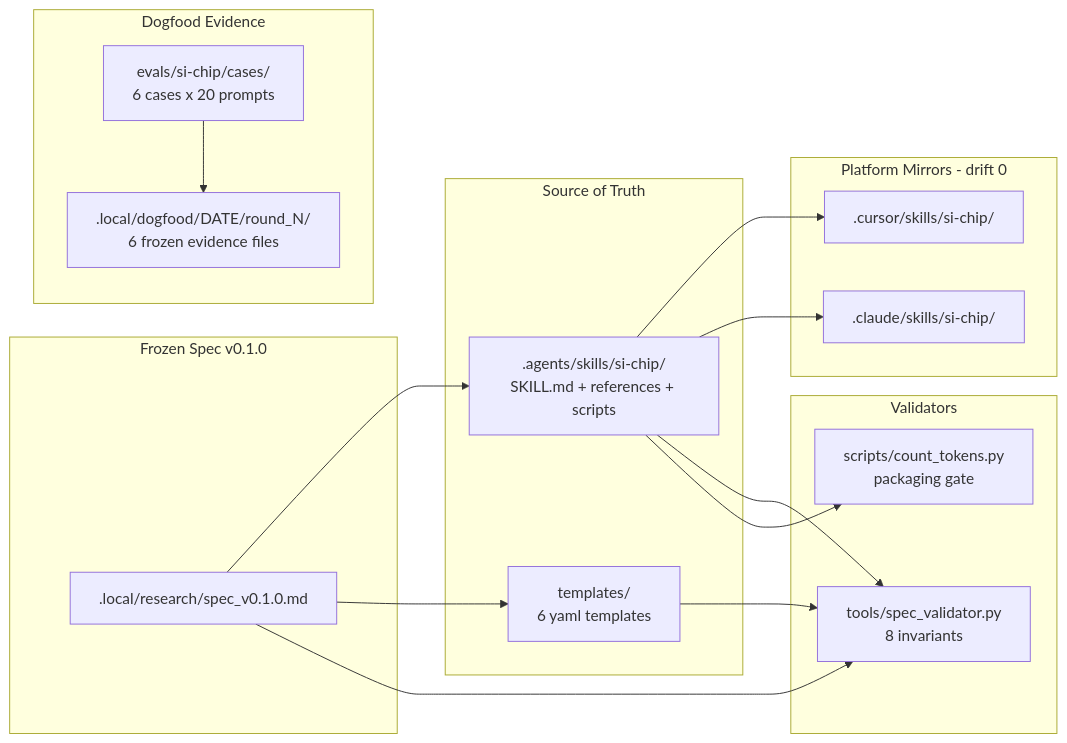
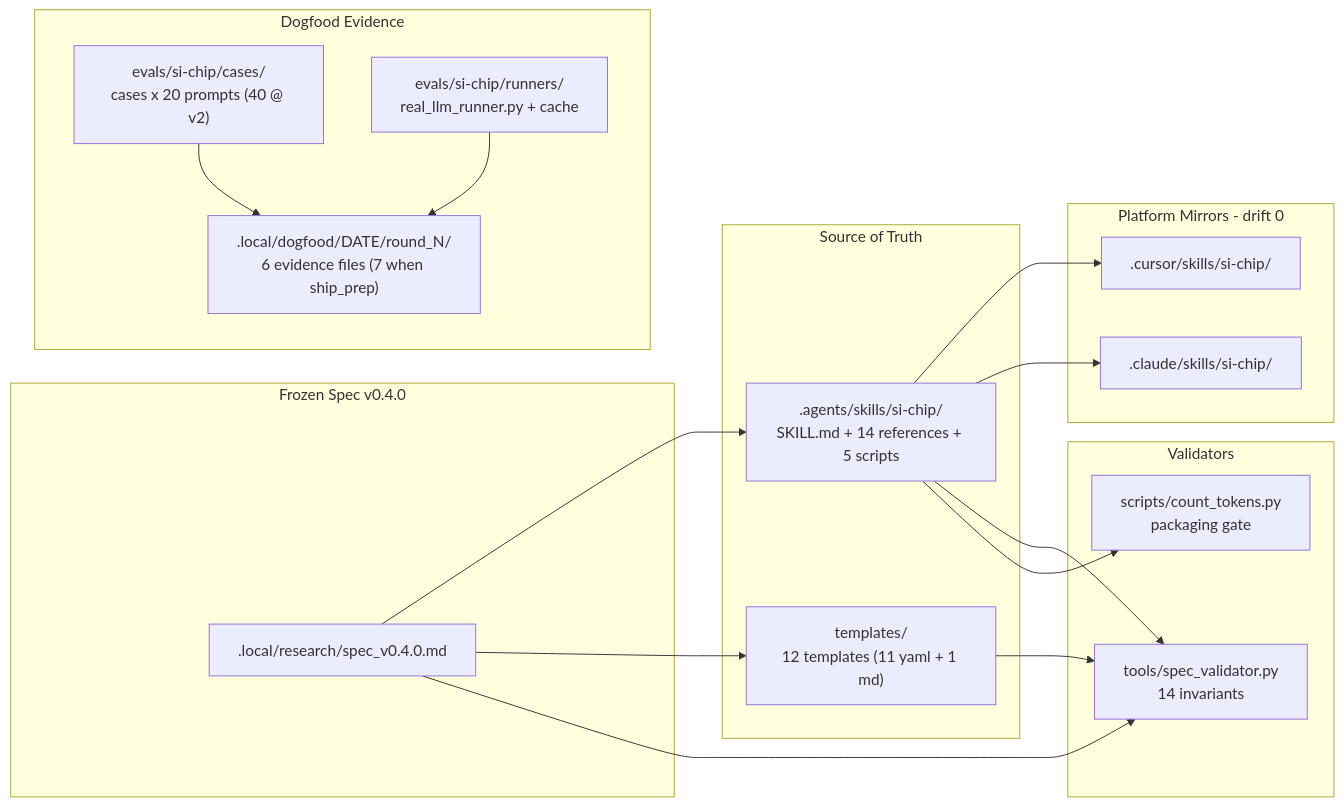
One commit to YoRHa-Agents/Si-Chip changed the diagram in README.md. Above: the diagram before and after it, drawn with Mermaid. The commit also changed other lines of this file and 13 other files, not shown here.

````diff
--- a/README.md
+++ b/README.md
@@ -73,31 +84,33 @@
 ```mermaid
 flowchart LR
-    subgraph spec [Frozen Spec v0.1.0]
-        sp[".local/research/spec_v0.1.0.md"]
+    subgraph spec [Frozen Spec v0.4.0]
+        sp[".local/research/spec_v0.4.0.md"]
     end
     subgraph source [Source of Truth]
-        skill[".agents/skills/si-chip/<br/>SKILL.md + references + scripts"]
-        tpl["templates/<br/>6 yaml templates"]
+        skill[".agents/skills/si-chip/<br/>SKILL.md + 14 references + 5 scripts"]
+        tpl["templates/<br/>12 templates (11 yaml + 1 md)"]
     end
     subgraph mirrors [Platform Mirrors - drift 0]
         cur[".cursor/skills/si-chip/"]
         cla[".claude/skills/si-chip/"]
     end
     subgraph evidence [Dogfood Evidence]
-        cases["evals/si-chip/cases/<br/>6 cases x 20 prompts"]
-        rounds[".local/dogfood/DATE/round_N/<br/>6 frozen evidence files"]
+        cases["evals/si-chip/cases/<br/>cases x 20 prompts (40 @ v2)"]
+        rounds[".local/dogfood/DATE/round_N/<br/>6 evidence files (7 when ship_prep)"]
+        runner["evals/si-chip/runners/<br/>real_llm_runner.py + cache"]
     end
     subgraph gates [Validators]
-        sv["tools/spec_validator.py<br/>8 invariants"]
+        sv["tools/spec_validator.py<br/>14 invariants"]
         ct["scripts/count_tokens.py<br/>packaging gate"]
     end
     sp --> skill
     sp --> tpl
     skill --> cur
     skill --> cla
     cases --> rounds
+    runner --> rounds
     skill --> sv
     tpl --> sv
     sp --> sv
     skill --> ct
 ```
````
